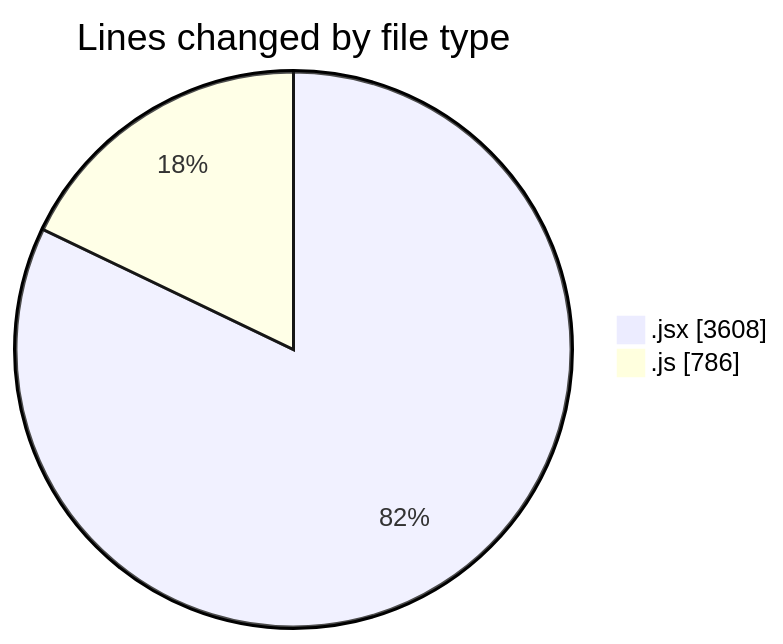
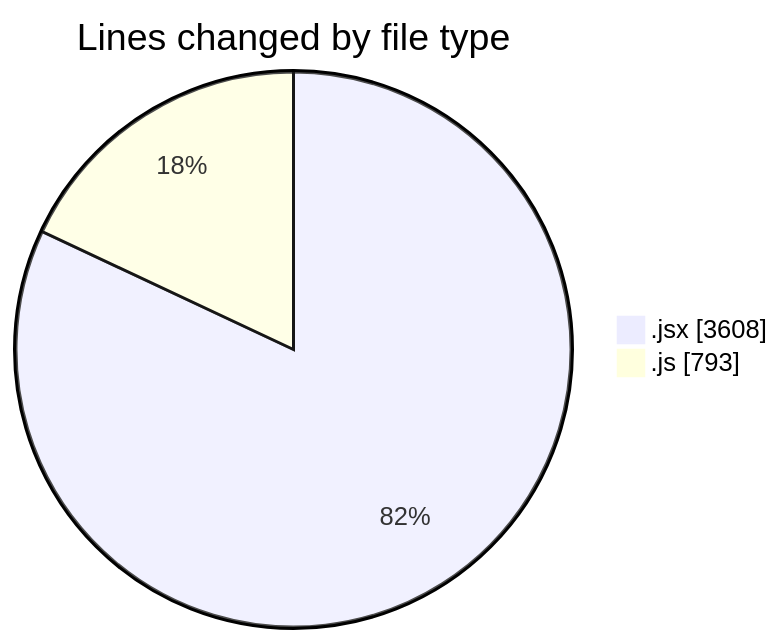
The first of 2 diagrams in 2025-07-21/nxtqube_webapp/README.md (nxtqubesakshisongat/code-tracking), drawn with Mermaid before and after one commit. The commit also changed other lines of this file and 1 other file, not shown here.

````diff
--- a/2025-07-21/nxtqube_webapp/README.md
+++ b/2025-07-21/nxtqube_webapp/README.md
@@ -27,6 +27,6 @@
 ```mermaid
 pie showData
 title Lines changed by file type
 ".jsx" : 3608
-".js" : 786
+".js" : 793
 ```
````
